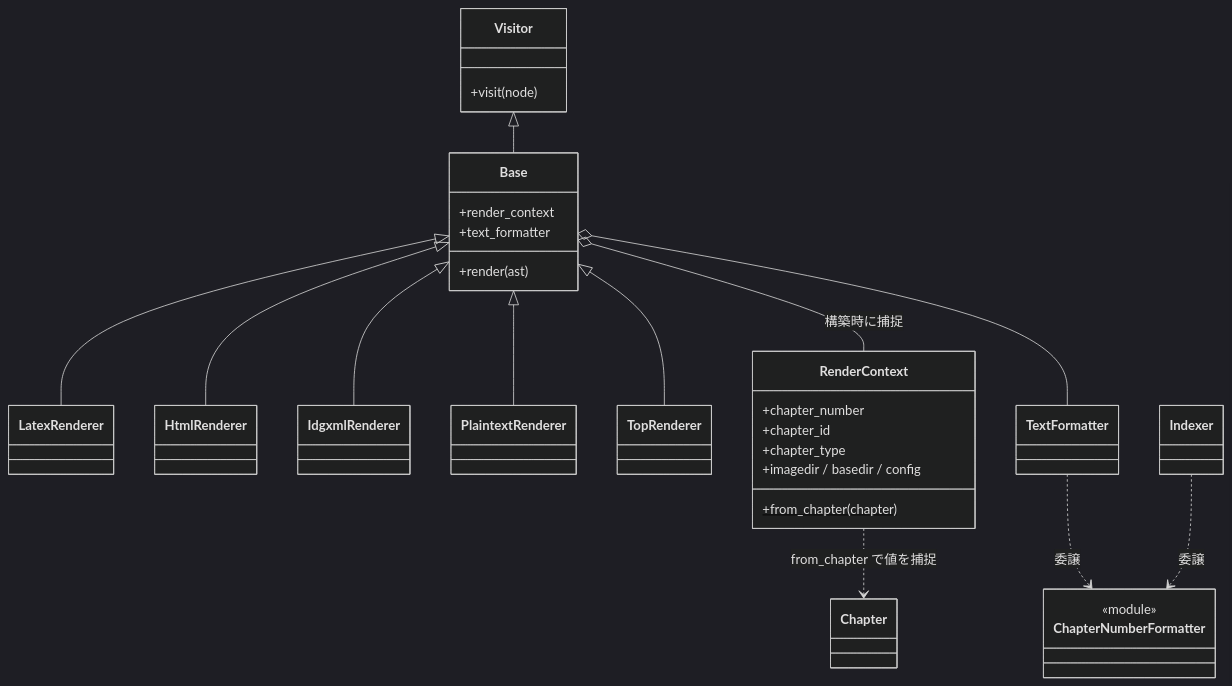
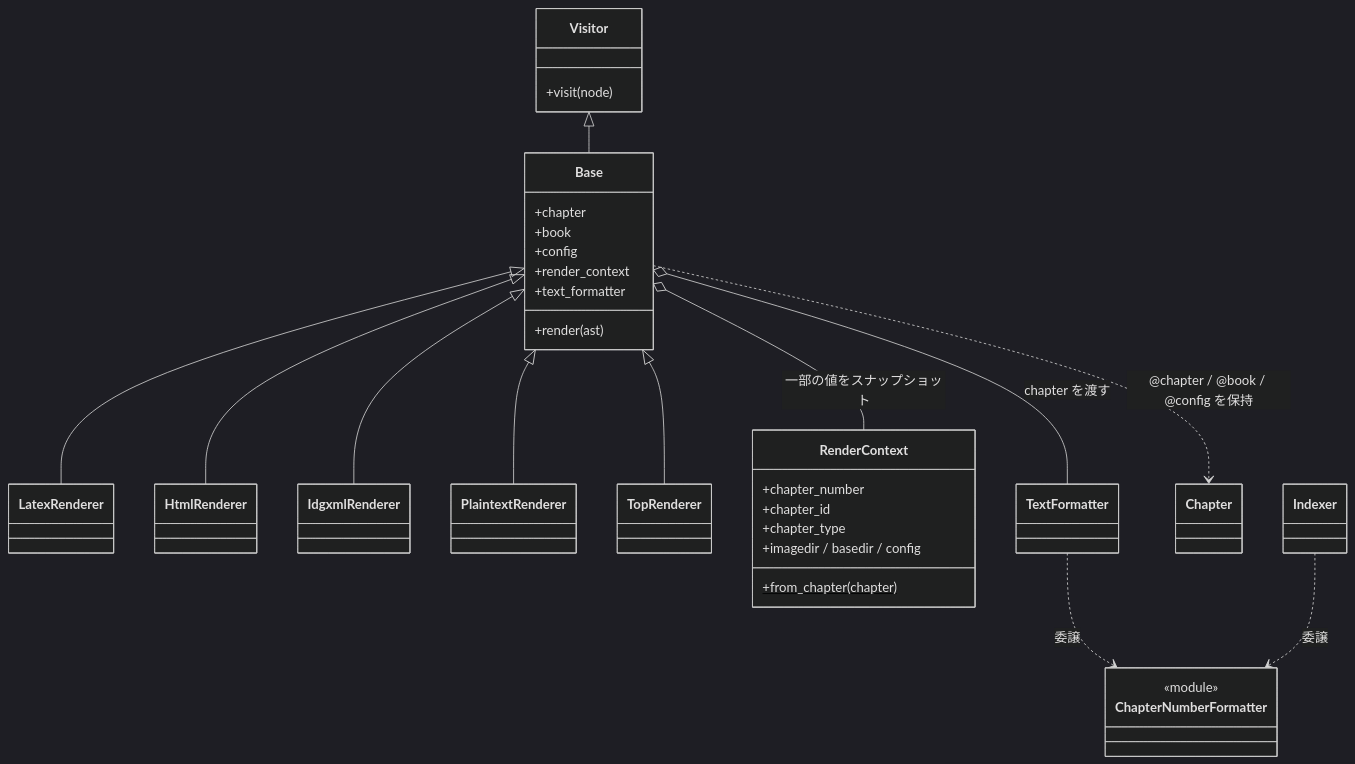
Before and after one commit to takahashim/review-ast: the fourth of 5 diagrams in doc/review-ast-architecture.ja.md, drawn with Mermaid (dark theme). The commit also changed other lines of this file, not shown here.

First line of the commit message:
docs: correct architecture doc to reflect real coupling with review core

````diff
--- a/doc/review-ast-architecture.ja.md
+++ b/doc/review-ast-architecture.ja.md
@@ -149,36 +193,38 @@
 ```mermaid
 classDiagram
   class Visitor {
     +visit(node)
   }
   class Base {
-    +render(ast)
+    +chapter
+    +book
+    +config
     +render_context
     +text_formatter
+    +render(ast)
   }
   Visitor <|-- Base
   Base <|-- LatexRenderer
   Base <|-- HtmlRenderer
   Base <|-- IdgxmlRenderer
   Base <|-- PlaintextRenderer
   Base <|-- TopRenderer
 
   class RenderContext {
     +chapter_number
     +chapter_id
     +chapter_type
     +imagedir / basedir / config
     +from_chapter(chapter)$
   }
   class TextFormatter
   class ChapterNumberFormatter {
     <<module>>
   }
 
-  Base o-- RenderContext : 構築時に捕捉
-  Base o-- TextFormatter
+  Base o-- RenderContext : 一部の値をスナップショット
+  Base o-- TextFormatter : chapter を渡す
+  Base ..> Chapter : @chapter / @book / @config を保持
   TextFormatter ..> ChapterNumberFormatter : 委譲
   Indexer ..> ChapterNumberFormatter : 委譲
-
-  RenderContext ..> Chapter : from_chapter で値を捕捉
 ```
````
